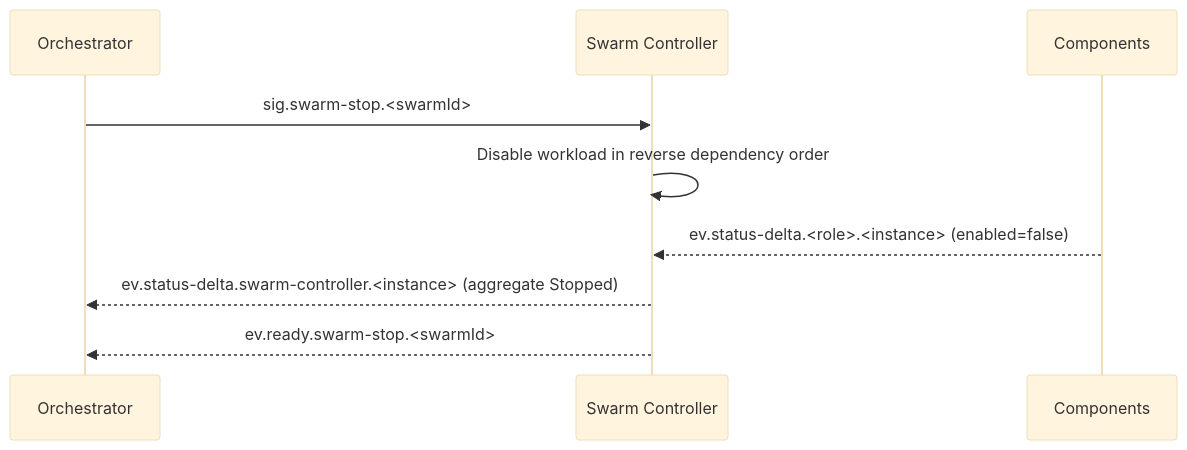
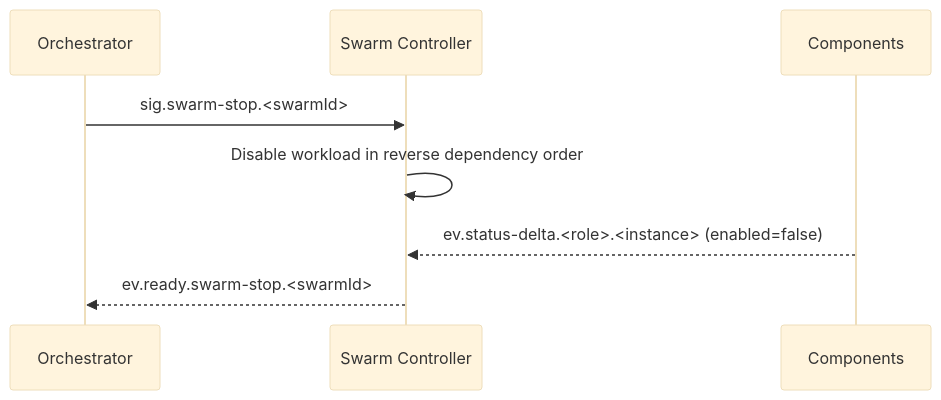
The fourth of 6 diagrams in docs/ARCHITECTURE.md (sepa79/PocketHive), drawn with Mermaid (base theme) before and after one commit. The commit also changed other lines of this file and 5 other files, not shown here.

````diff
--- a/docs/ARCHITECTURE.md
+++ b/docs/ARCHITECTURE.md
@@ -188,12 +181,11 @@
 ```mermaid
 sequenceDiagram
   participant QN as Orchestrator
   participant MSH as Swarm Controller
   participant CMP as Components
 
   QN->>MSH: sig.swarm-stop.<swarmId>
   MSH->>MSH: Disable workload in reverse dependency order
   CMP-->>MSH: ev.status-delta.<role>.<instance> (enabled=false)
-  MSH-->>QN: ev.status-delta.swarm-controller.<instance> (aggregate Stopped)
   MSH-->>QN: ev.ready.swarm-stop.<swarmId>
 ```
````
